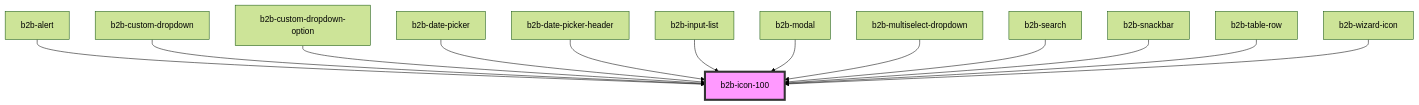
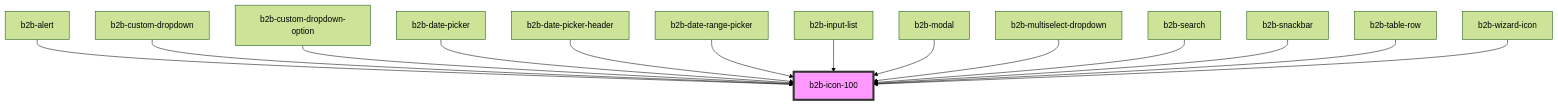
The diagram in packages/core-components/src/components/icon-100/readme.md (otto-de/b2b-design-system), drawn with Mermaid (forest theme) before and after one commit. The commit also changed other lines of this file and 26 other files, not shown here.

Commit message:
feat(date-range-picker): add date-range-picker

````diff
--- a/packages/core-components/src/components/icon-100/readme.md
+++ b/packages/core-components/src/components/icon-100/readme.md
@@ -37,16 +38,17 @@
 ```mermaid
 graph TD;
   b2b-alert --> b2b-icon-100
   b2b-custom-dropdown --> b2b-icon-100
   b2b-custom-dropdown-option --> b2b-icon-100
   b2b-date-picker --> b2b-icon-100
   b2b-date-picker-header --> b2b-icon-100
+  b2b-date-range-picker --> b2b-icon-100
   b2b-input-list --> b2b-icon-100
   b2b-modal --> b2b-icon-100
   b2b-multiselect-dropdown --> b2b-icon-100
   b2b-search --> b2b-icon-100
   b2b-snackbar --> b2b-icon-100
   b2b-table-row --> b2b-icon-100
   b2b-wizard-icon --> b2b-icon-100
   style b2b-icon-100 fill:#f9f,stroke:#333,stroke-width:4px
 ```
````
